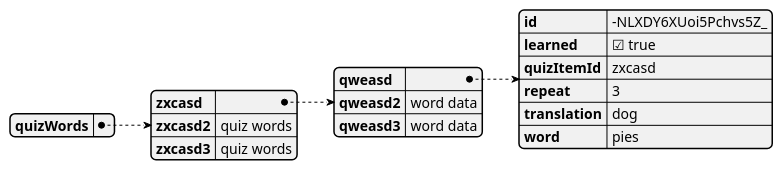
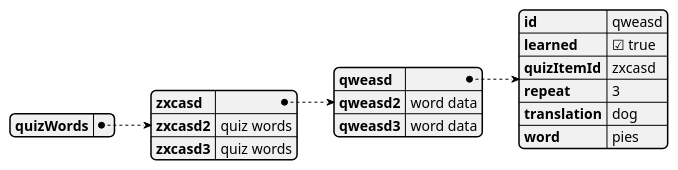
Before and after one commit to Reggar66/Simple-words: the diagram in diagrams/data structure/quiz_words.puml, drawn with PlantUML.

Commit message:
some diagrams

```diff
--- a/diagrams/data structure/quiz_words.puml
+++ b/diagrams/data structure/quiz_words.puml
@@ -1,20 +1,20 @@
 @startjson
 {
 "quizWords": {
       "zxcasd": {
         "qweasd": {
-          "id": "-NLXDY6XUoi5Pchvs5Z_",
+          "id": "qweasd",
           "learned": true,
           "quizItemId": "zxcasd",
           "repeat": 3,
           "translation": "dog",
           "word": "pies"
         },
         "qweasd2": "word data",
         "qweasd3": "word data"
       },
       "zxcasd2": "quiz words",
       "zxcasd3": "quiz words"
     }
 }
 @endjson
```
